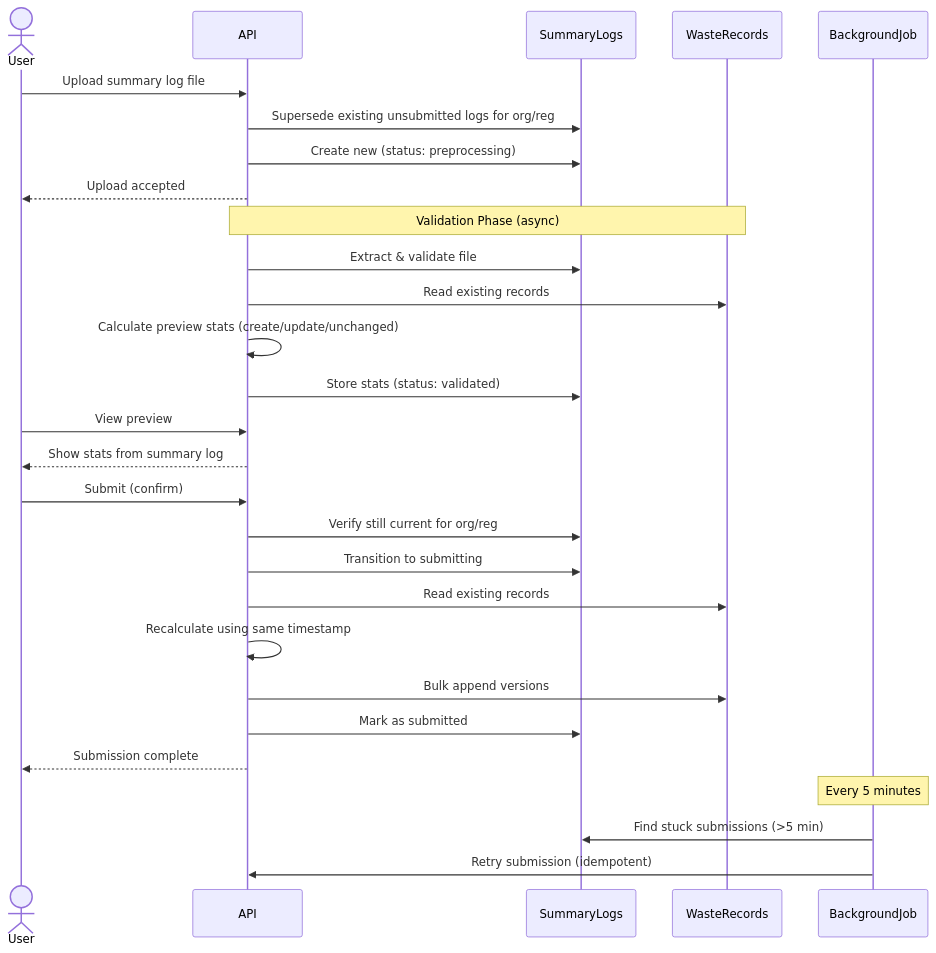
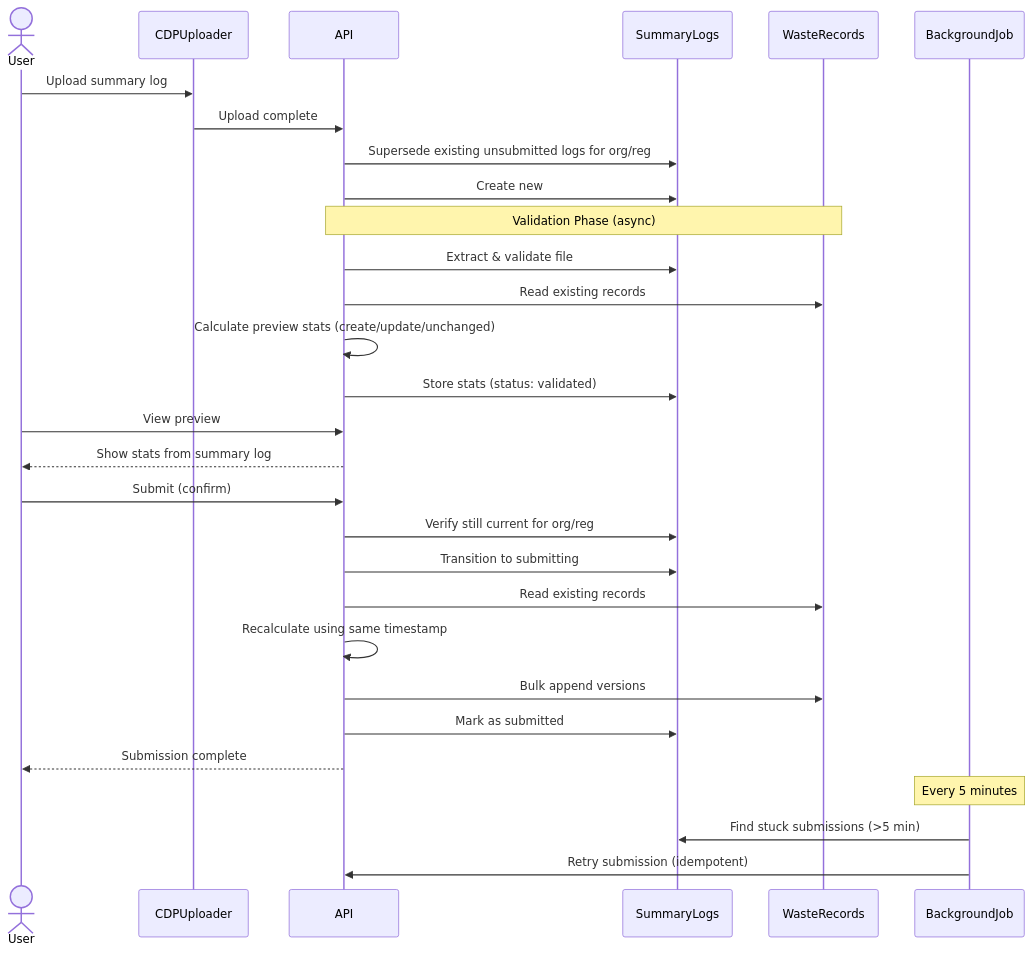
One commit to DEFRA/epr-backend changed the first of 7 diagrams in docs/architecture/decisions/0021-concurrent-summary-log-submission.md. Above: the diagram before and after it, drawn with Mermaid.

Commit message:
docs: update ADR 21

````diff
--- a/docs/architecture/decisions/0021-concurrent-summary-log-submission.md
+++ b/docs/architecture/decisions/0021-concurrent-summary-log-submission.md
@@ -53,35 +53,36 @@
 ```mermaid
 sequenceDiagram
     actor User
+    participant CDPUploader
     participant API
     participant SummaryLogs
     participant WasteRecords
     participant BackgroundJob
 
-    User->>API: Upload summary log file
+    User->>CDPUploader: Upload summary log
+    CDPUploader->>API: Upload complete
     API->>SummaryLogs: Supersede existing unsubmitted logs for org/reg
-    API->>SummaryLogs: Create new (status: preprocessing)
-    API-->>User: Upload accepted
+    API->>SummaryLogs: Create new
 
     Note over API,WasteRecords: Validation Phase (async)
     API->>SummaryLogs: Extract & validate file
     API->>WasteRecords: Read existing records
     API->>API: Calculate preview stats (create/update/unchanged)
     API->>SummaryLogs: Store stats (status: validated)
 
     User->>API: View preview
     API-->>User: Show stats from summary log
 
     User->>API: Submit (confirm)
     API->>SummaryLogs: Verify still current for org/reg
     API->>SummaryLogs: Transition to submitting
     API->>WasteRecords: Read existing records
     API->>API: Recalculate using same timestamp
     API->>WasteRecords: Bulk append versions
     API->>SummaryLogs: Mark as submitted
     API-->>User: Submission complete
 
     Note over BackgroundJob: Every 5 minutes
     BackgroundJob->>SummaryLogs: Find stuck submissions (>5 min)
     BackgroundJob->>API: Retry submission (idempotent)
 ```
````
